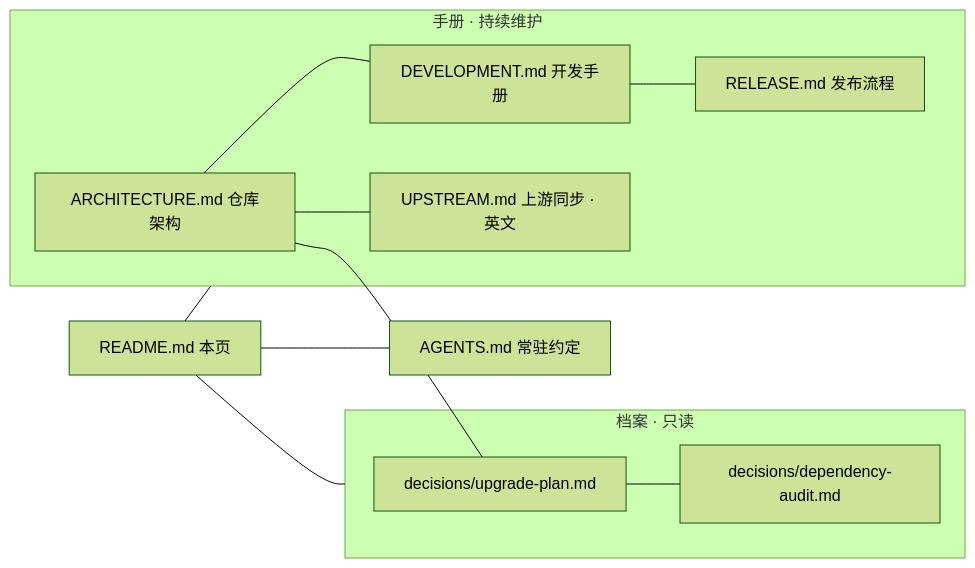
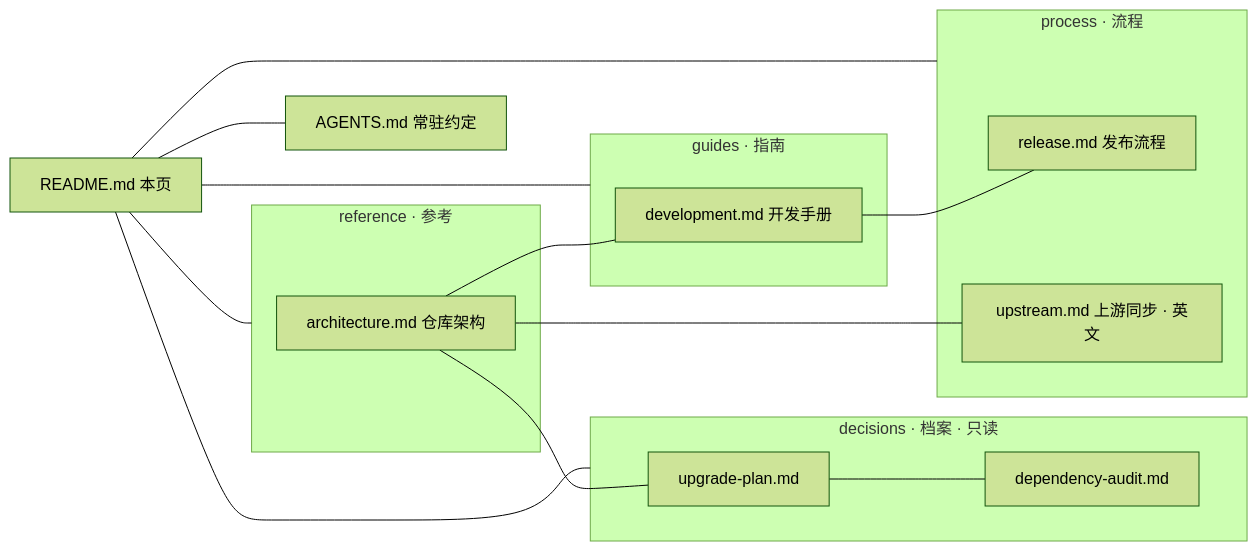
One commit to Koishi-CE/koishi changed the diagram in docs/README.md. Above: the diagram before and after it, drawn with Mermaid (forest theme). The commit also changed other lines of this file and 13 other files, not shown here.

First line of the commit message:
docs: 重构 docs 为分层结构，手册入 guides/reference/process 并同步全仓引用

````diff
--- a/docs/README.md
+++ b/docs/README.md
@@ -10,23 +10,29 @@
 ```mermaid
 flowchart LR
   R["README.md 本页"]
   AG["AGENTS.md 常驻约定"]
-  subgraph M["手册 · 持续维护"]
-    DEV["DEVELOPMENT.md 开发手册"]
-    ARC["ARCHITECTURE.md 仓库架构"]
-    REL["RELEASE.md 发布流程"]
-    UP["UPSTREAM.md 上游同步 · 英文"]
+  subgraph G["guides · 指南"]
+    DEV["development.md 开发手册"]
   end
-  subgraph D["档案 · 只读"]
-    P1["decisions/upgrade-plan.md"]
-    P2["decisions/dependency-audit.md"]
+  subgraph RF["reference · 参考"]
+    ARC["architecture.md 仓库架构"]
+  end
+  subgraph P["process · 流程"]
+    REL["release.md 发布流程"]
+    UP["upstream.md 上游同步 · 英文"]
+  end
+  subgraph D["decisions · 档案 · 只读"]
+    P1["upgrade-plan.md"]
+    P2["dependency-audit.md"]
   end
   R --- AG
-  R --- M
+  R --- G
+  R --- RF
+  R --- P
   R --- D
   ARC --- DEV
   DEV --- REL
   ARC --- UP
   ARC --- P1
   P1 --- P2
 ```
````
